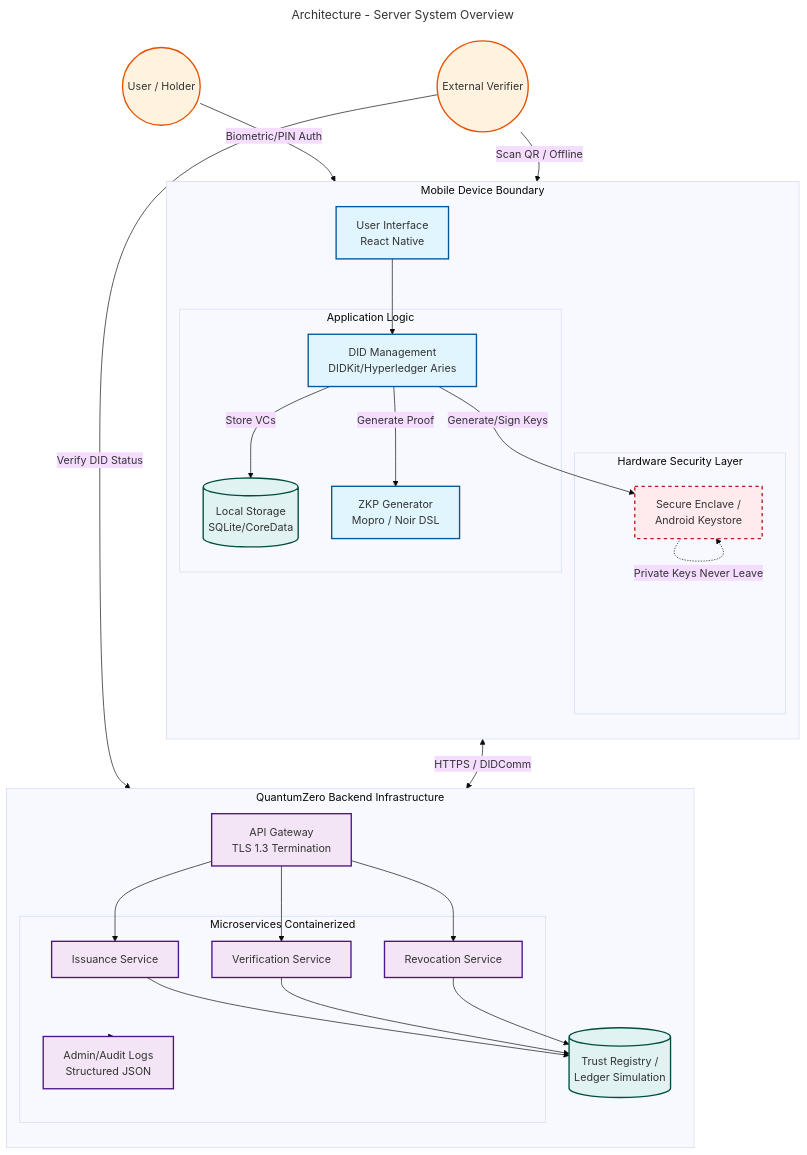
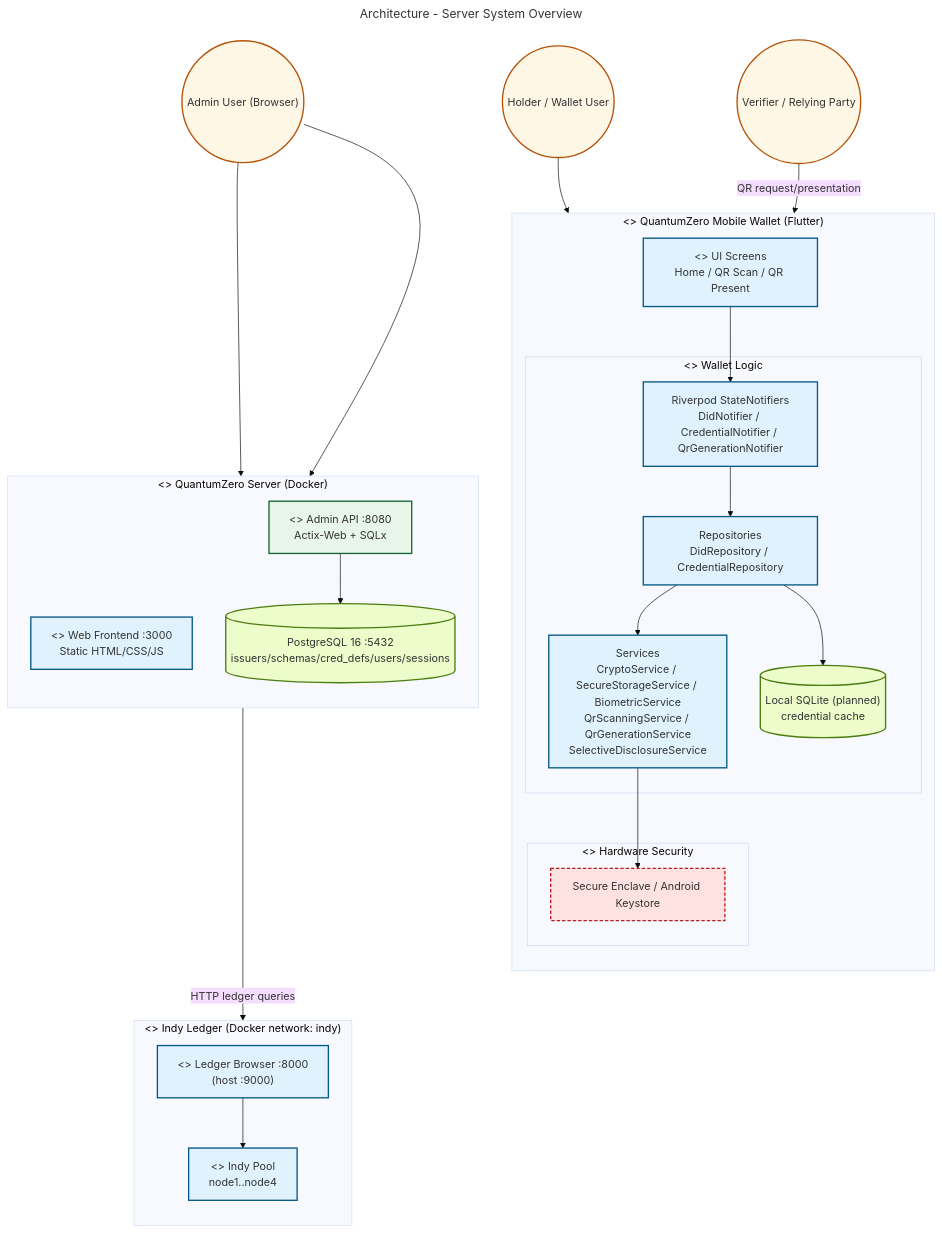
The diagram in diagrams/architecture-server-system-overview.mmd (CHATEAUFORGE-LLC/QuantumZero), drawn with Mermaid before and after one commit. The commit also changed 63 other files, not shown here.

Commit message:
expansion of diagrams, and further refinement

```diff
--- a/diagrams/architecture-server-system-overview.mmd
+++ b/diagrams/architecture-server-system-overview.mmd
@@ -1,65 +1,65 @@
 ---
 title: Architecture - Server System Overview
 config:
   theme: base
 ---
+%% QuantumZero UML palette note: actors/external=#fff7e6/#b45309, system/component=#e0f2fe/#075985, datastore=#ecfccb/#4d7c0f, notes=#fff9c4/#d97706. Aligns diagrams to Deliverable 1 UML/DFD theme.
 flowchart TB
- subgraph Local_Security["Hardware Security Layer"]
-        SE["Secure Enclave /<br>Android Keystore"]
-  end
- subgraph App_Logic["Application Logic"]
-        DID_Mod["DID Management<br>DIDKit/Hyperledger Aries"]
-        ZKP_Gen["ZKP Generator<br>Mopro / Noir DSL"]
-        Local_DB[("Local Storage<br>SQLite/CoreData")]
-  end
- subgraph User_Device["Mobile Device Boundary"]
-    direction TB
-        UI["User Interface<br>React Native"]
-        Local_Security
-        App_Logic
-  end
- subgraph Core_Services["Microservices Containerized"]
-        Issuer_Svc["Issuance Service"]
-        Verifier_Svc["Verification Service"]
-        Revocation_Svc["Revocation Service"]
-        Logs["Admin/Audit Logs<br>Structured JSON"]
-  end
- subgraph Cloud_Infra["QuantumZero Backend Infrastructure"]
-    direction TB
-        Gateway["API Gateway<br>TLS 1.3 Termination"]
-        Core_Services
-        Trust_Reg[("Trust Registry /<br>Ledger Simulation")]
-  end
-    User(("User / Holder")) -- Biometric/PIN Auth --> UI
-    UI --> DID_Mod
-    DID_Mod -- Generate/Sign Keys --> SE
-    SE -. Private Keys Never Leave .-> SE
-    DID_Mod -- Store VCs --> Local_DB
-    DID_Mod -- Generate Proof --> ZKP_Gen
-    DID_Mod <-- HTTPS / DIDComm --> Gateway
-    Gateway --> Issuer_Svc & Verifier_Svc & Revocation_Svc
-    Issuer_Svc --> Trust_Reg
-    Verifier_Svc --> Trust_Reg
-    Revocation_Svc --> Trust_Reg
-    Core_Services --> Logs
-    Ext_Verifier(("External Verifier")) -- Scan QR / Offline --> UI
-    Ext_Verifier -- Verify DID Status --> Gateway
+    %% QuantumZero UML palette (standardized)
+    classDef actor fill:#fff7e6,stroke:#b45309,stroke-width:2px
+    classDef system fill:#eef2ff,stroke:#4338ca,stroke-width:2px
+    classDef component fill:#e0f2fe,stroke:#075985,stroke-width:2px
+    classDef service fill:#e8f5e9,stroke:#166534,stroke-width:2px
+    classDef datastore fill:#ecfccb,stroke:#4d7c0f,stroke-width:2px
+    classDef external fill:#fee2e2,stroke:#b91c1c,stroke-width:2px
+    classDef security fill:#fee2e2,stroke:#b91c1c,stroke-width:2px,stroke-dasharray: 5 3
 
-     SE:::security
-     DID_Mod:::mobile
-     ZKP_Gen:::mobile
-     Local_DB:::database
-     UI:::mobile
-     Issuer_Svc:::cloud
-     Verifier_Svc:::cloud
-     Revocation_Svc:::cloud
-     Logs:::cloud
-     Gateway:::cloud
-     Trust_Reg:::database
-     User:::external
-     Ext_Verifier:::external
-    classDef mobile fill:#e1f5fe,stroke:#01579b,stroke-width:2px
-    classDef cloud fill:#f3e5f5,stroke:#4a148c,stroke-width:2px
-    classDef database fill:#e0f2f1,stroke:#004d40,stroke-width:2px
-    classDef external fill:#fff3e0,stroke:#e65100,stroke-width:2px
-    classDef security fill:#ffebee,stroke:#b71c1c,stroke-width:2px,stroke-dasharray: 5 5
+    %% Mobile boundary (QuantumZero-mobile baseline)
+    subgraph Mobile["<<system>> QuantumZero Mobile Wallet (Flutter)"]
+        direction TB
+        UI["<<component>> UI Screens<br/>Home / QR Scan / QR Present"]:::component
+        subgraph LocalSecurity["<<component>> Hardware Security"]
+            SE["Secure Enclave / Android Keystore"]:::security
+        end
+        subgraph MobileLogic["<<component>> Wallet Logic"]
+            Providers["Riverpod StateNotifiers<br/>DidNotifier / CredentialNotifier / QrGenerationNotifier"]:::component
+            Repos["Repositories<br/>DidRepository / CredentialRepository"]:::component
+            Services["Services<br/>CryptoService / SecureStorageService / BiometricService<br/>QrScanningService / QrGenerationService<br/>SelectiveDisclosureService"]:::component
+            LocalDB[("Local SQLite (planned)<br/>credential cache")]:::datastore
+        end
+    end
+
+    %% Server boundary (QuantumZero-server baseline)
+    subgraph Server["<<system>> QuantumZero Server (Docker)"]
+        direction TB
+        WebFrontend["<<component>> Web Frontend :3000<br/>Static HTML/CSS/JS"]:::component
+        AdminAPI["<<component>> Admin API :8080<br/>Actix-Web + SQLx"]:::service
+        Postgres[("PostgreSQL 16 :5432<br/>issuers/schemas/cred_defs/users/sessions")]:::datastore
+    end
+
+    %% Ledger boundary (external Docker network)
+    subgraph Ledger["<<system>> Indy Ledger (Docker network: indy)"]
+        direction TB
+        LedgerBrowser["<<component>> Ledger Browser :8000<br/>(host :9000)"]:::component
+        IndyPool["<<component>> Indy Pool<br/>node1..node4"]:::component
+    end
+
+    %% Actors
+    Holder(("Holder / Wallet User")):::actor
+    Verifier(("Verifier / Relying Party")):::actor
+    Admin(("Admin User (Browser)")):::actor
+
+    %% Flows
+    Holder --> UI
+    Verifier -- QR request/presentation --> UI
+    UI --> Providers
+    Providers --> Repos
+    Repos --> Services
+    Services --> SE
+    Repos --> LocalDB
+
+    Admin --> WebFrontend
+    Admin --> AdminAPI
+    AdminAPI --> Postgres
+    AdminAPI -->|HTTP ledger queries| LedgerBrowser
+    LedgerBrowser --> IndyPool
```
